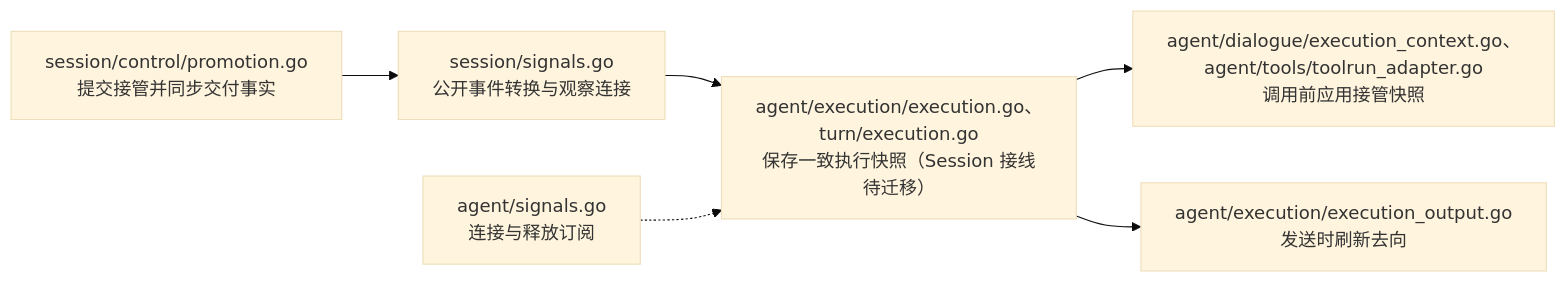
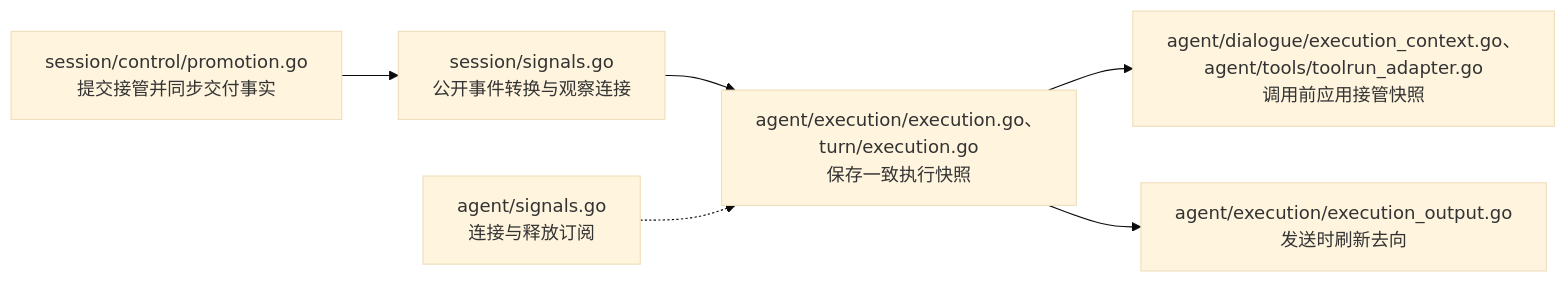
One commit to Elflare/elbot changed diagram 14 of 15 in devdocs/architecture.md. Above: the diagram before and after it, drawn with Mermaid (base theme). The commit also changed other lines of this file and 61 other files, not shown here.

````diff
--- a/devdocs/architecture.md
+++ b/devdocs/architecture.md
@@ -557,8 +558,8 @@
 ```mermaid
 flowchart LR
     S["session/control/promotion.go<br/>提交接管并同步交付事实"] --> R["session/signals.go<br/>公开事件转换与观察连接"]
-    R --> E["agent/execution/execution.go、turn/execution.go<br/>保存一致执行快照（Session 接线待迁移）"]
+    R --> E["agent/execution/execution.go、turn/execution.go<br/>保存一致执行快照"]
     W["agent/signals.go<br/>连接与释放订阅"] -.-> E
     E --> T["agent/dialogue/execution_context.go、agent/tools/toolrun_adapter.go<br/>调用前应用接管快照"]
     E --> O["agent/execution/execution_output.go<br/>发送时刷新去向"]
 ```
````
